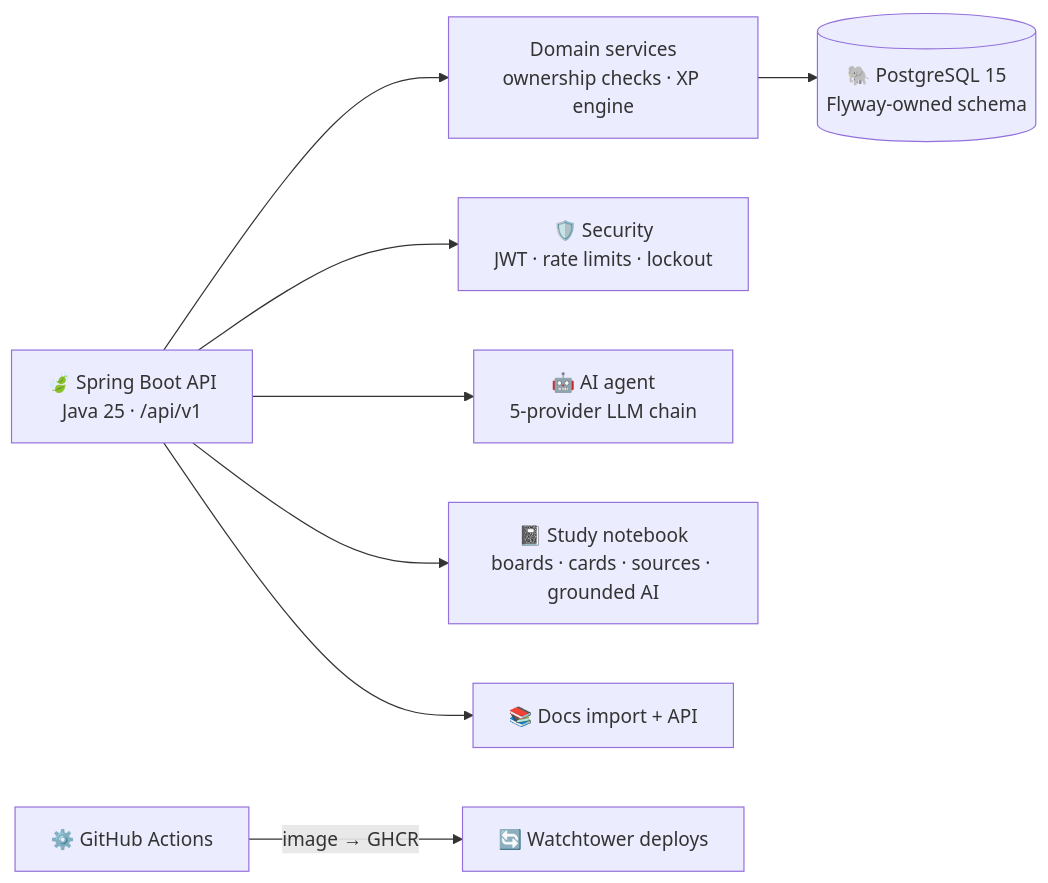
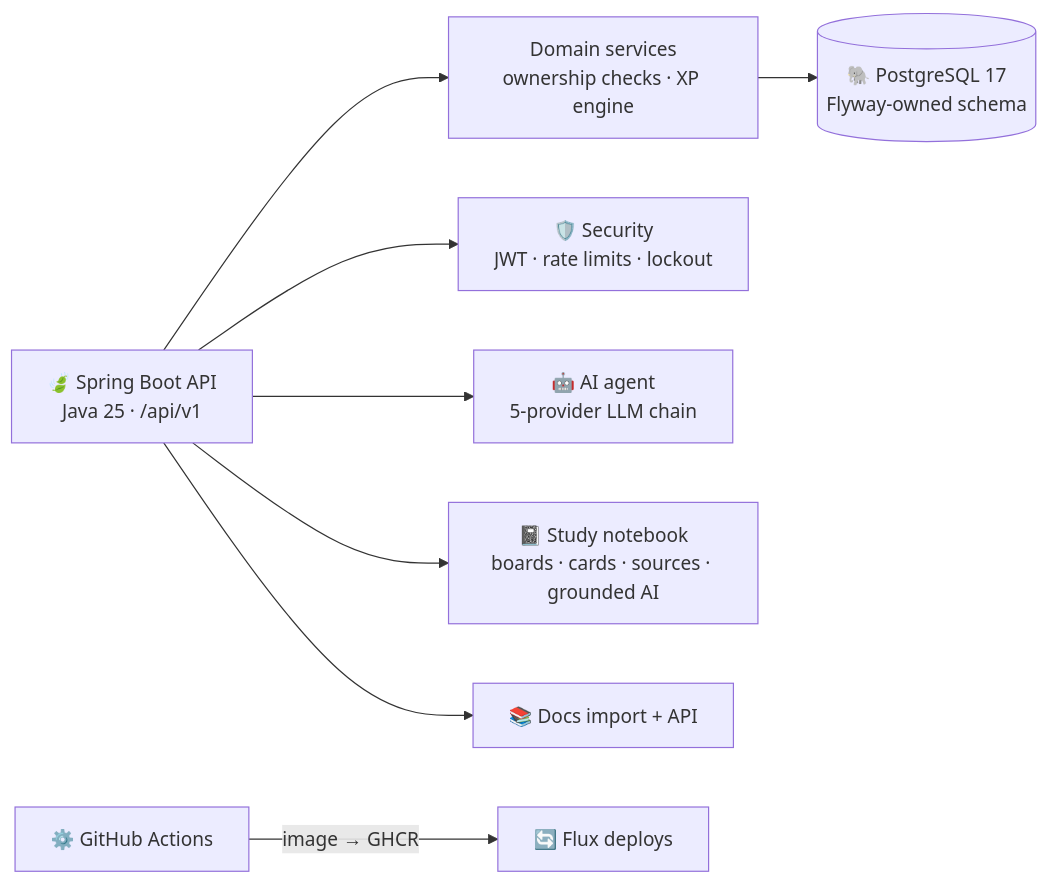
One commit to AndDev741/Beyou-arch-design changed the diagram in projects/beyou-backend/diagram.mmd. Above: the diagram before and after it, drawn with Mermaid. The commit also changed 29 other files, not shown here.

```diff
--- a/projects/beyou-backend/diagram.mmd
+++ b/projects/beyou-backend/diagram.mmd
@@ -1,9 +1,9 @@
 flowchart LR
   API["🍃 Spring Boot API<br/>Java 25 · /api/v1"]
   API --> DOM["Domain services<br/>ownership checks · XP engine"]
-  DOM --> DB[("🐘 PostgreSQL 15<br/>Flyway-owned schema")]
+  DOM --> DB[("🐘 PostgreSQL 17<br/>Flyway-owned schema")]
   API --> SEC["🛡️ Security<br/>JWT · rate limits · lockout"]
   API --> AI["🤖 AI agent<br/>5-provider LLM chain"]
   API --> NB["📓 Study notebook<br/>boards · cards · sources · grounded AI"]
   API --> DOCS["📚 Docs import + API"]
-  CI["⚙️ GitHub Actions"] -->|"image → GHCR"| WT["🔄 Watchtower deploys"]
+  CI["⚙️ GitHub Actions"] -->|"image → GHCR"| WT["🔄 Flux deploys"]
```
